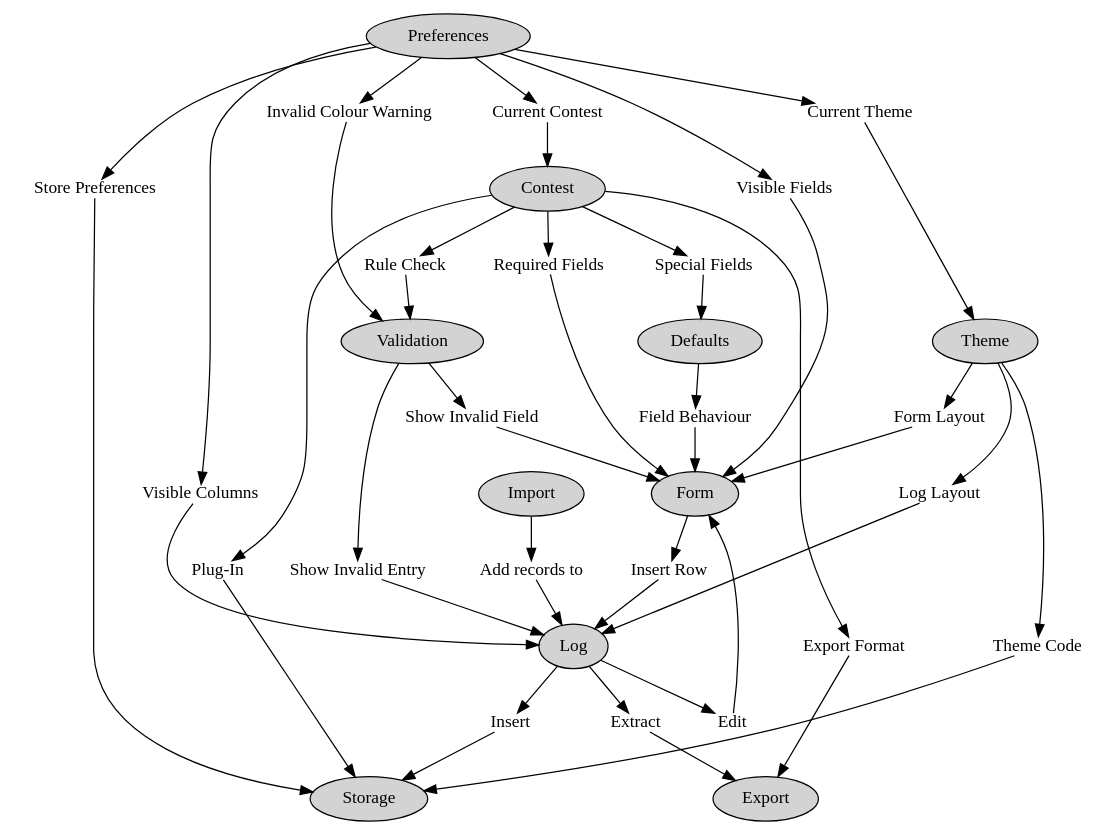
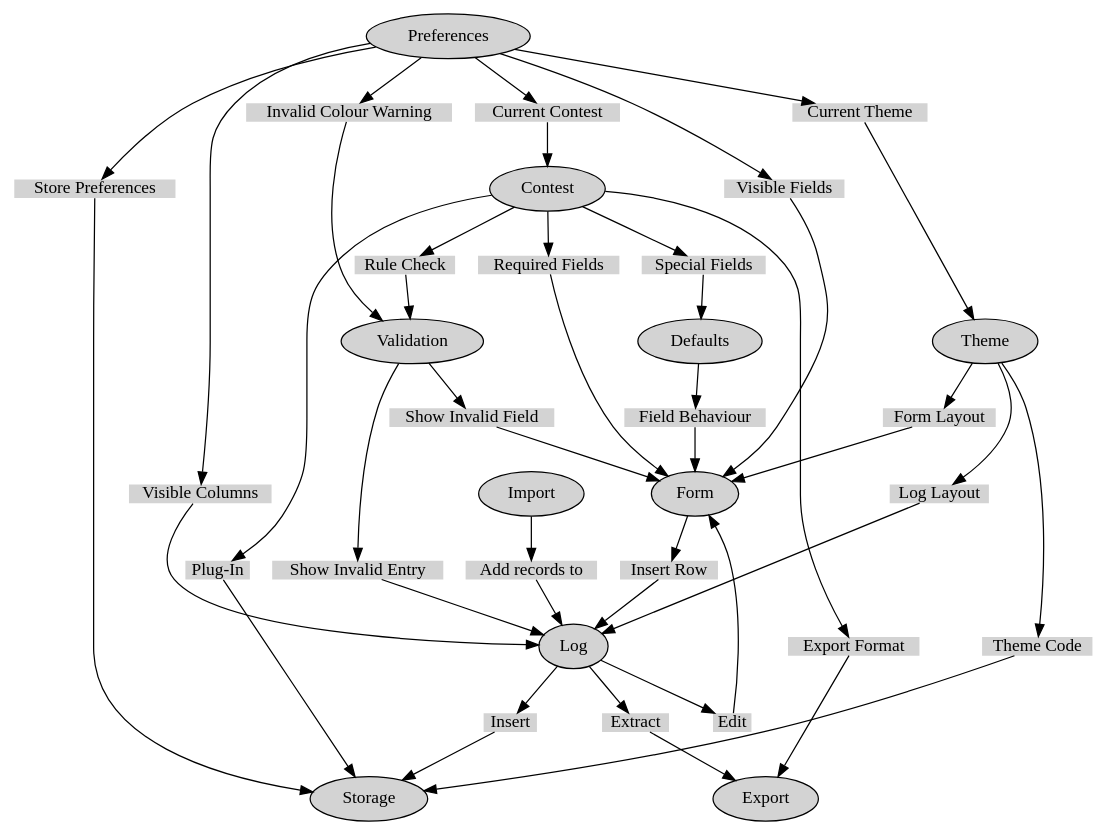
One commit to vk6flab/contest-logger changed the diagram in design.dot. Above: the diagram before and after it, drawn with Graphviz. The commit also changed 1 other file, not shown here.

```diff
--- a/design.dot
+++ b/design.dot
@@ -1,106 +1,106 @@
 /*
 	This layout describes the different components used to implement
 	the contest-logger. It shows how components affect each other and
 	what intended effect they have.
 */
 
 digraph C {
 /*
 	Contest component is a "plug-in" that affects the operation of most
 	of the aspects of the software.
 
 	To ensure robustness, the intent is that each component "queries" the
 	Contest component to determine what needs to happen.
 
 	The intent is that this will prevent a poorly written plug-in from
 	killing the application.
 */
 	Contest -> "Special Fields" -> Defaults
 	Contest -> "Export Format" -> Export
 	Contest -> "Required Fields" -> Form
 	Contest -> "Plug-In" -> Storage
 	Contest -> "Rule Check" -> Validation
 
 /*
 	Default component determines automatic behaviour like date/time updates,
 	automatic RST calculation, callsign lookup.
 */
 	Defaults -> "Field Behaviour" -> Form
 
 /*
 	Form component handles user interface.
 */
 	Form -> "Insert Row" -> Log
 
 /*
 	Import component handles loading external log files. Likely this will
 	require an extensible architecture to manage multiple formats.
 */
 	Import -> "Add records to" -> Log
 
 /*
 	Log component handles user visible contest results.
 */
 	Log -> "Extract" -> Export
 	Log -> "Insert" -> Storage
 	Log -> "Edit" -> Form
 
 /*
 	Preferences component manages "global variables".
 */
 	Preferences -> "Current Contest" -> Contest
 	Preferences -> "Visible Fields" -> Form
 	Preferences -> "Visible Columns" -> Log
 	Preferences -> "Store Preferences" -> Storage
 	Preferences -> "Current Theme" -> Theme
 	Preferences -> "Invalid Colour Warning" -> Validation
 
 /*
 	Theme component manages screen layout. It's extensible to handle
 	multiple themes.
 */
 	Theme -> "Form Layout" -> Form
 	Theme -> "Log Layout" -> Log
 	Theme -> "Theme Code" -> Storage
 
 /*
 	Validation component handles how valid and invalid data is represented.
 */
 	Validation -> "Show Invalid Field" -> Form
 	Validation -> "Show Invalid Entry" -> Log
 
 	Contest [style=filled]
 	Defaults [style=filled]
 	Export [style=filled]
 	Form [style=filled]
 	Import [style=filled]
 	Log [style=filled]
 	Preferences [style=filled]
 	Storage [style=filled]
 	Theme [style=filled]
 	Validation [style=filled]
 
-	"Add records to" [shape=plain]
-	"Current Contest" [shape=plain]
-	"Current Theme" [shape=plain]
-	"Edit" [shape=plain]
-	"Export Format" [shape=plain]
-	"Extract" [shape=plain]
-	"Field Behaviour" [shape=plain]
-	"Form Layout" [shape=plain]
-	"Insert" [shape=plain]
-	"Insert Row" [shape=plain]
-	"Invalid Colour Warning" [shape=plain]
-	"Log Layout" [shape=plain]
-	"Plug-In" [shape=plain]
-	"Required Fields" [shape=plain]
-	"Rule Check" [shape=plain]
-	"Show Invalid Entry" [shape=plain]
-	"Show Invalid Field" [shape=plain]
-	"Special Fields" [shape=plain]
-	"Store Preferences" [shape=plain]
-	"Theme Code" [shape=plain]
-	"Visible Columns" [shape=plain]
-	"Visible Fields" [shape=plain]
+	"Add records to" [shape=plain,style=filled]
+	"Current Contest" [shape=plain,style=filled]
+	"Current Theme" [shape=plain,style=filled]
+	"Edit" [shape=plain,style=filled]
+	"Export Format" [shape=plain,style=filled]
+	"Extract" [shape=plain,style=filled]
+	"Field Behaviour" [shape=plain,style=filled]
+	"Form Layout" [shape=plain,style=filled]
+	"Insert" [shape=plain,style=filled]
+	"Insert Row" [shape=plain,style=filled]
+	"Invalid Colour Warning" [shape=plain,style=filled]
+	"Log Layout" [shape=plain,style=filled]
+	"Plug-In" [shape=plain,style=filled]
+	"Required Fields" [shape=plain,style=filled]
+	"Rule Check" [shape=plain,style=filled]
+	"Show Invalid Entry" [shape=plain,style=filled]
+	"Show Invalid Field" [shape=plain,style=filled]
+	"Special Fields" [shape=plain,style=filled]
+	"Store Preferences" [shape=plain,style=filled]
+	"Theme Code" [shape=plain,style=filled]
+	"Visible Columns" [shape=plain,style=filled]
+	"Visible Fields" [shape=plain,style=filled]
 
 }
```
